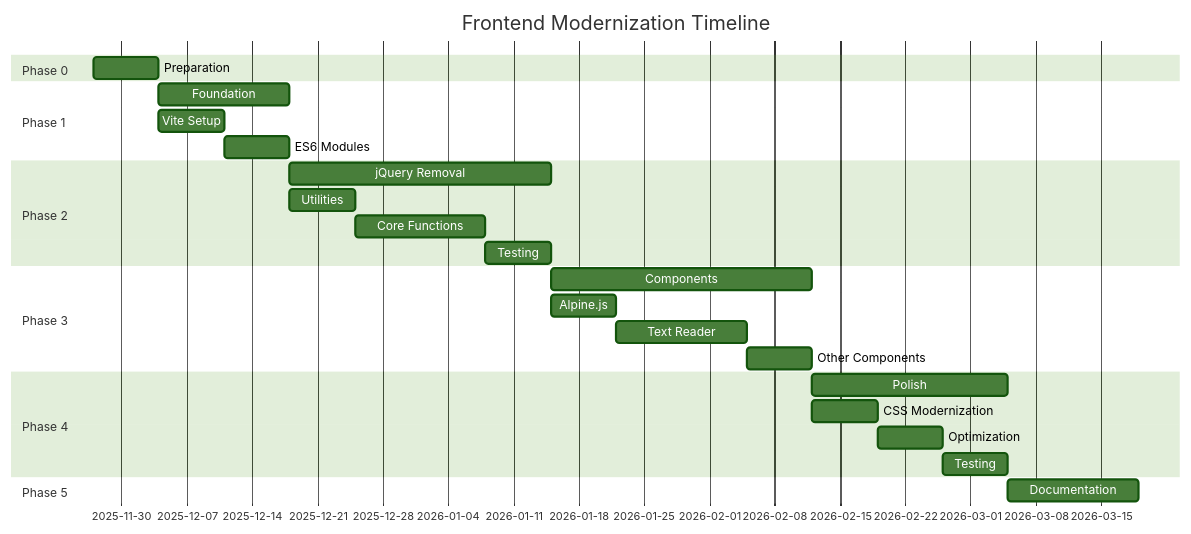
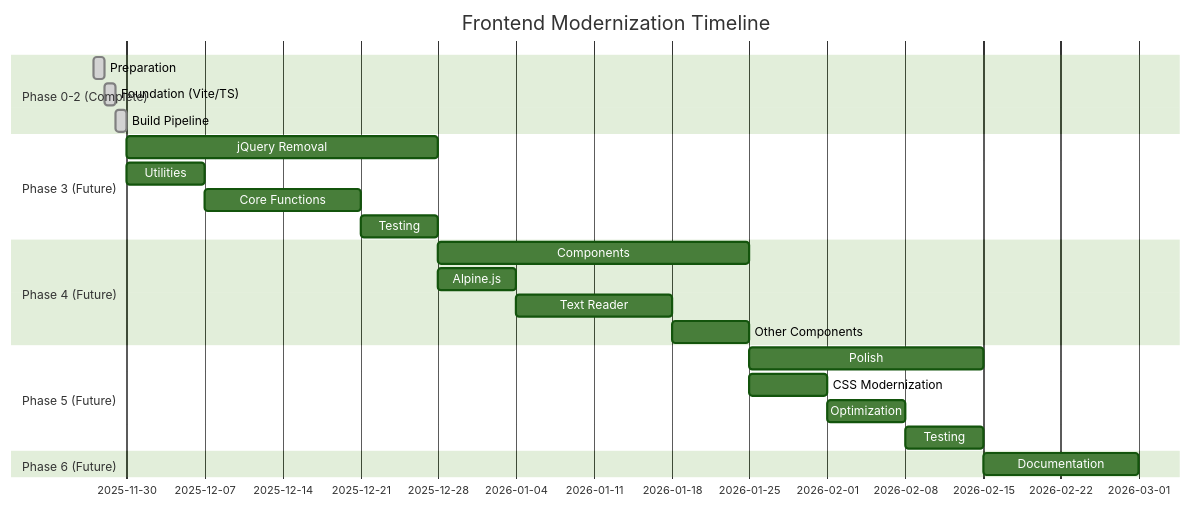
One commit to HugoFara/lwt changed the diagram in FRONTEND_MODERNIZATION_PLAN.md. Above: the diagram before and after it, drawn with Mermaid (forest theme). The commit also changed other lines of this file and 8 other files, not shown here.

````diff
--- a/FRONTEND_MODERNIZATION_PLAN.md
+++ b/FRONTEND_MODERNIZATION_PLAN.md
@@ -2415,34 +2387,31 @@
 ```mermaid
 gantt
     title Frontend Modernization Timeline
     dateFormat YYYY-MM-DD
-    
-    section Phase 0
-    Preparation           :p0, 2025-11-27, 1w
-    
-    section Phase 1
-    Foundation            :p1, after p0, 2w
-    Vite Setup            :p1a, after p0, 1w
-    ES6 Modules           :p1b, after p1a, 1w
-    
-    section Phase 2
-    jQuery Removal        :p2, after p1, 4w
-    Utilities             :p2a, after p1, 1w
-    Core Functions        :p2b, after p2a, 2w
-    Testing               :p2c, after p2b, 1w
-    
-    section Phase 3
-    Components            :p3, after p2, 4w
-    Alpine.js             :p3a, after p2, 1w
-    Text Reader           :p3b, after p3a, 2w
-    Other Components      :p3c, after p3b, 1w
-    
-    section Phase 4
-    Polish                :p4, after p3, 3w
-    CSS Modernization     :p4a, after p3, 1w
-    Optimization          :p4b, after p4a, 1w
-    Testing               :p4c, after p4b, 1w
-    
-    section Phase 5
-    Documentation         :p5, after p4, 2w
+
+    section Phase 0-2 (Complete)
+    Preparation           :done, p0, 2025-11-27, 1d
+    Foundation (Vite/TS)  :done, p1, after p0, 1d
+    Build Pipeline        :done, p2, after p1, 1d
+
+    section Phase 3 (Future)
+    jQuery Removal        :p3, after p2, 4w
+    Utilities             :p3a, after p2, 1w
+    Core Functions        :p3b, after p3a, 2w
+    Testing               :p3c, after p3b, 1w
+
+    section Phase 4 (Future)
+    Components            :p4, after p3, 4w
+    Alpine.js             :p4a, after p3, 1w
+    Text Reader           :p4b, after p4a, 2w
+    Other Components      :p4c, after p4b, 1w
+
+    section Phase 5 (Future)
+    Polish                :p5, after p4, 3w
+    CSS Modernization     :p5a, after p4, 1w
+    Optimization          :p5b, after p5a, 1w
+    Testing               :p5c, after p5b, 1w
+
+    section Phase 6 (Future)
+    Documentation         :p6, after p5, 2w
 ```
````
